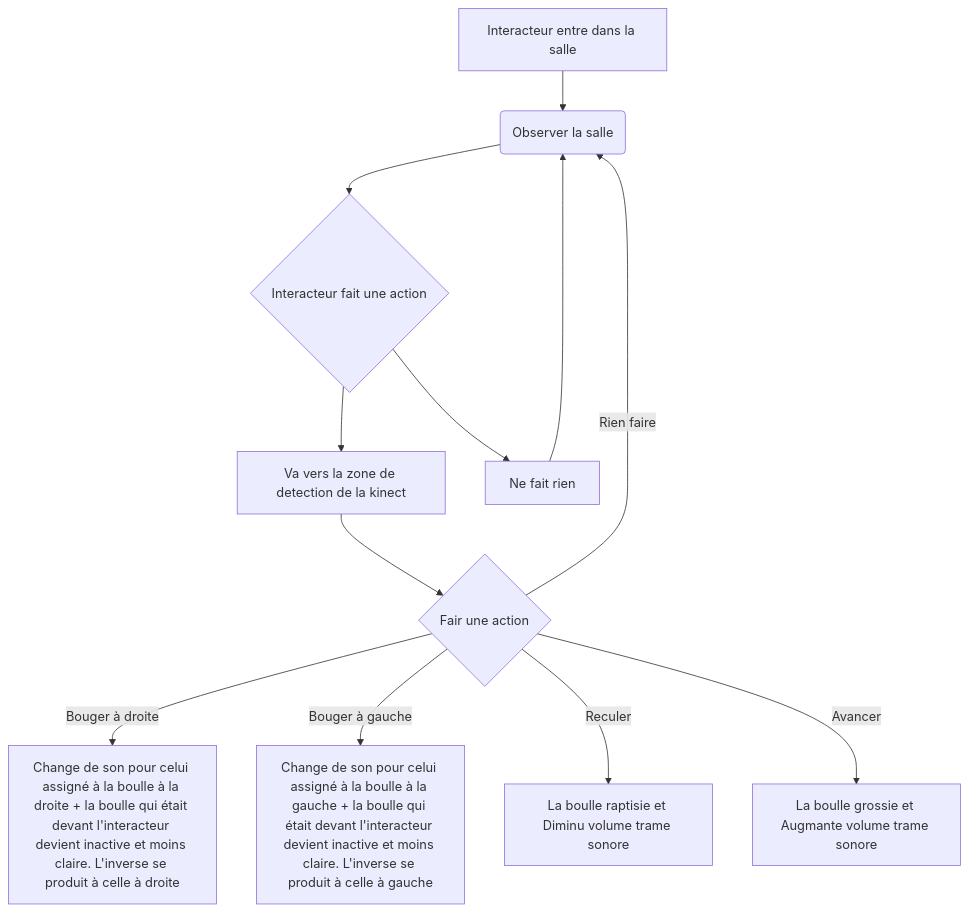
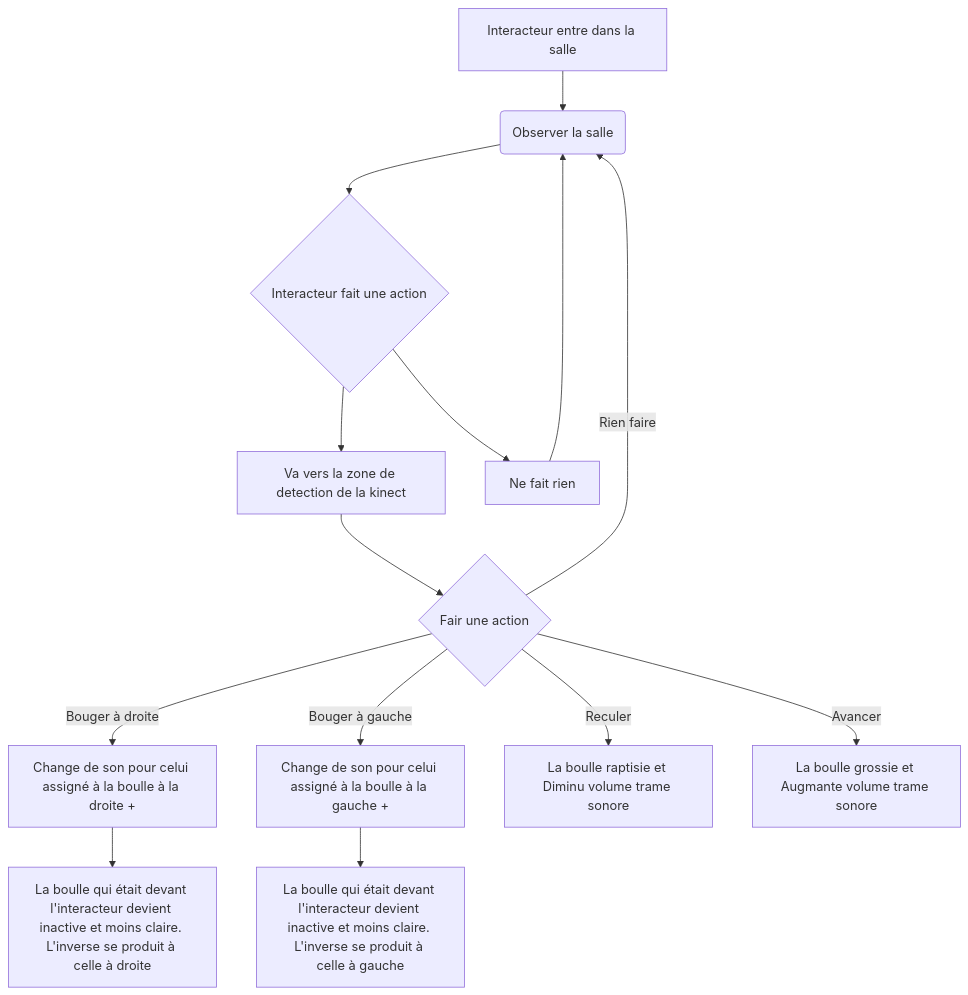
Before and after one commit to victorgileau/piano_etoile_scenarisation_projet: the diagram in README.md, drawn with Mermaid. The commit also changed other lines of this file, not shown here.

Commit message:
README.md-changement_scenario+schema_v3_kinect

````diff
--- a/README.md
+++ b/README.md
@@ -23,14 +23,16 @@
 ```mermaid
 flowchart TD
     A[Interacteur entre dans la salle] --> B(Observer la salle)
     B --> C{Interacteur fait une action}
     C --> D[Va vers la zone de detection de la kinect]
     C --> E[Ne fait rien]
     E --> B
     D --> F{Fair une action}
-    F -->|Bouger à droite| G[Change de son pour celui assigné à la boulle à la droite + la boulle qui était devant l'interacteur devient inactive et moins claire. L'inverse se produit à celle à droite]
-    F -->|Bouger à gauche| H[Change de son pour celui assigné à la boulle à la gauche + la boulle qui était devant l'interacteur devient inactive et moins claire. L'inverse se produit à celle à gauche]
+    F -->|Bouger à droite| G[Change de son pour celui assigné à la boulle à la droite + ]
+    F -->|Bouger à gauche| H[Change de son pour celui assigné à la boulle à la gauche + ]
     F -->|Reculer| I[La boulle raptisie et Diminu volume trame sonore]
     F -->|Avancer| J[La boulle grossie et Augmante volume trame sonore]
     F -->|Rien faire| B
+    G --> K[La boulle qui était devant l'interacteur devient inactive et moins claire. L'inverse se produit à celle à droite]
+    H --> L[La boulle qui était devant l'interacteur devient inactive et moins claire. L'inverse se produit à celle à gauche]
 ```
````
